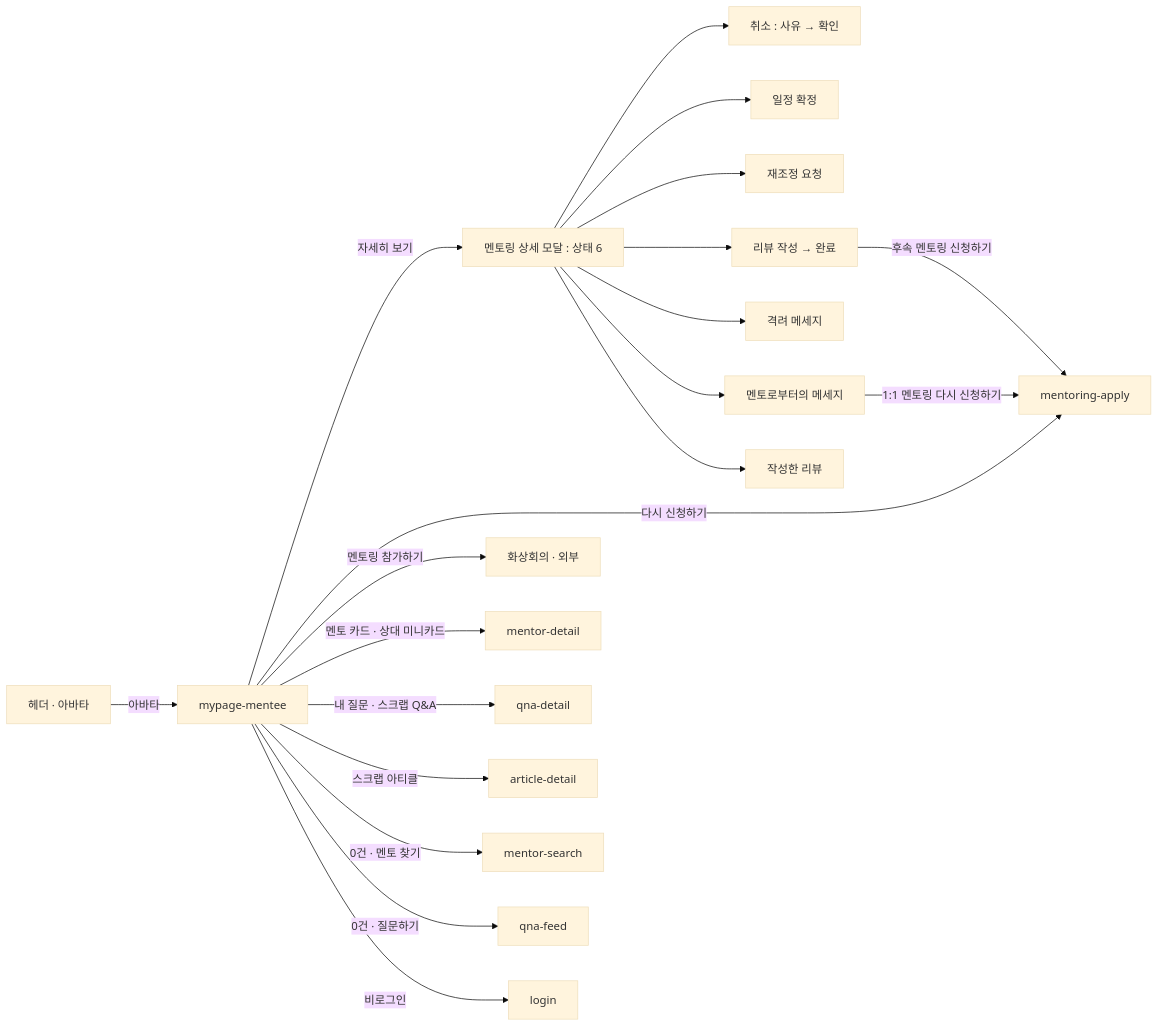
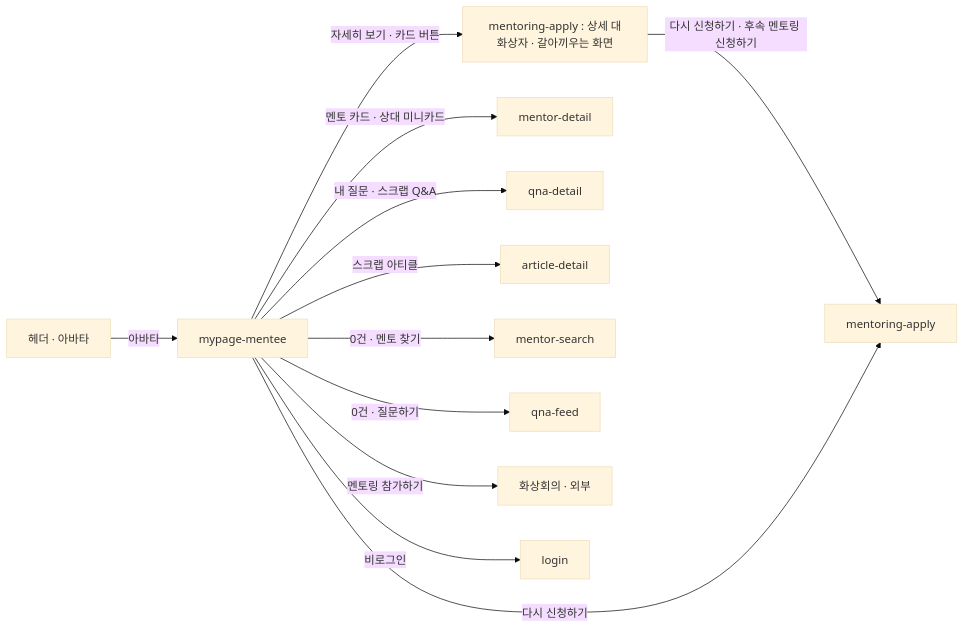
The diagram in design/screens/mypage-mentee/UI-SPEC.md (jisoo-y-mentree/mentree2-pd-fe), drawn with Mermaid (base theme) before and after one commit. The commit also changed other lines of this file and 10 other files, not shown here.

First line of the commit message:
mypage-mentee · mypage-mentor: 5판 template(나의 1:1 멘토링은 카드만) 취임 ＋ 상세 모달의 집을 mentoring-apply 로 옮긴다

````diff
--- a/design/screens/mypage-mentee/UI-SPEC.md
+++ b/design/screens/mypage-mentee/UI-SPEC.md
@@ -302,41 +301,26 @@
 ```mermaid
 flowchart LR
   hdr["헤더 · 아바타"]
   mp["mypage-mentee"]
-  det["멘토링 상세 모달 : 상태 6"]
-  cancel["취소 : 사유 → 확인"]
-  fix["일정 확정"]
-  resch["재조정 요청"]
-  review["리뷰 작성 → 완료"]
-  cheer["격려 메세지"]
-  mmsg["멘토로부터의 메세지"]
-  myrev["작성한 리뷰"]
+  det["mentoring-apply : 상세 대화상자 · 갈아끼우는 화면"]
   md["mentor-detail"]
   qd["qna-detail"]
   ad["article-detail"]
   ap["mentoring-apply"]
   ms["mentor-search"]
   qf["qna-feed"]
   meet["화상회의 · 외부"]
   login["login"]
 
   hdr -->|"아바타"| mp
-  mp -->|"자세히 보기"| det
-  det --> cancel
-  det --> fix
-  det --> resch
-  det --> review
-  det --> cheer
-  det --> mmsg
-  det --> myrev
-  mmsg -->|"1:1 멘토링 다시 신청하기"| ap
+  mp -->|"자세히 보기 · 카드 버튼"| det
+  det -->|"다시 신청하기 · 후속 멘토링 신청하기"| ap
   mp -->|"다시 신청하기"| ap
-  review -->|"후속 멘토링 신청하기"| ap
   mp -->|"멘토링 참가하기"| meet
   mp -->|"멘토 카드 · 상대 미니카드"| md
   mp -->|"내 질문 · 스크랩 Q&A"| qd
   mp -->|"스크랩 아티클"| ad
   mp -->|"0건 · 멘토 찾기"| ms
   mp -->|"0건 · 질문하기"| qf
   mp -->|"비로그인"| login
 ```
````
